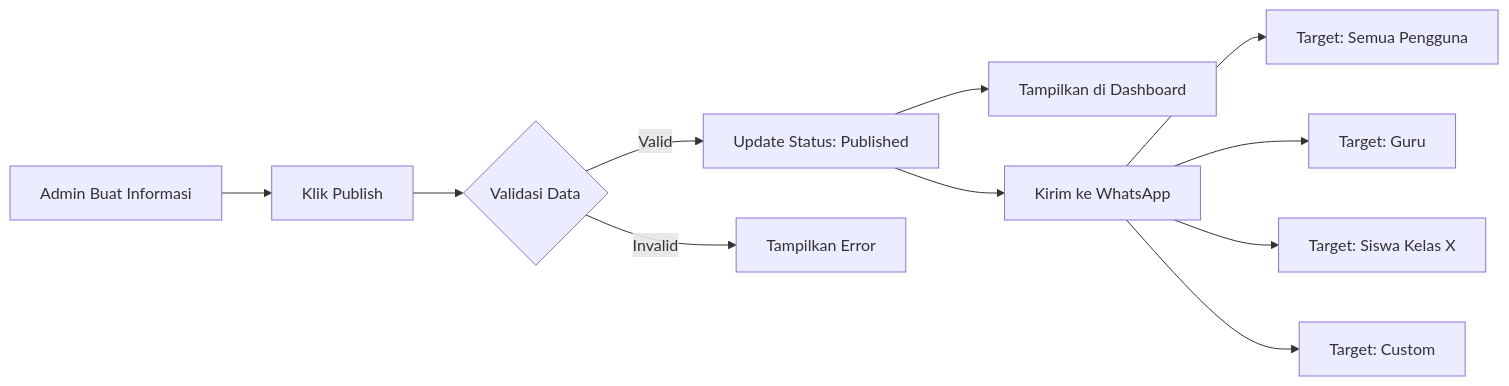
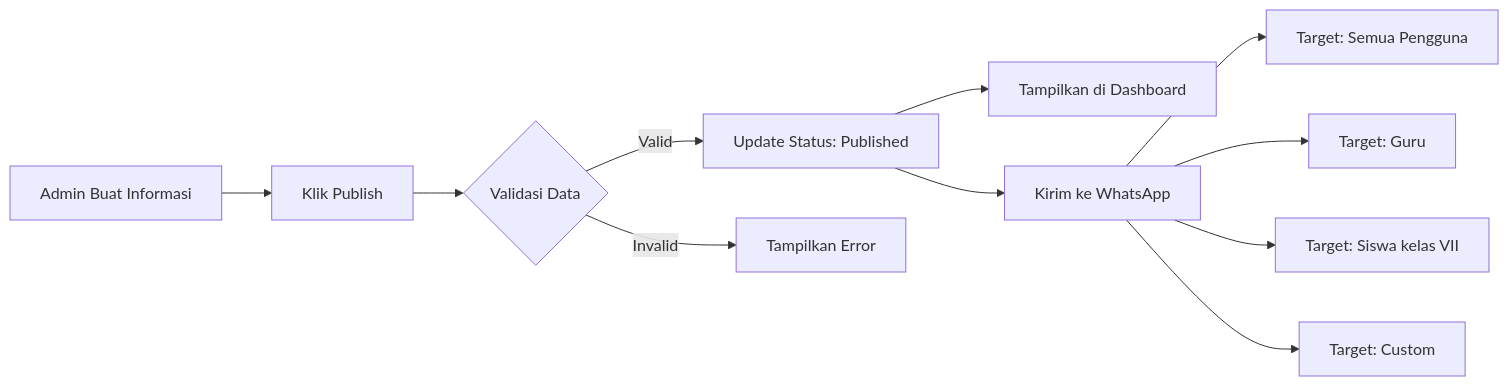
Before and after one commit to zulfikriyahya/template-dokumentasi: the diagram in src/content/docs/menu-data-master/informasi.mdx, drawn with Mermaid. The commit also changed other lines of this file and 27 other files, not shown here.

````diff
--- a/src/content/docs/menu-data-master/informasi.mdx
+++ b/src/content/docs/menu-data-master/informasi.mdx
@@ -204,13 +204,13 @@
 ```mermaid
 graph LR
     A[Admin Buat Informasi] --> B[Klik Publish]
     B --> C{Validasi Data}
     C -->|Valid| D[Update Status: Published]
     C -->|Invalid| E[Tampilkan Error]
     D --> F[Tampilkan di Dashboard]
     D --> G[Kirim ke WhatsApp]
     G --> H[Target: Semua Pengguna]
     G --> I[Target: Guru]
-    G --> J[Target: Siswa Kelas X]
+    G --> J[Target: Siswa kelas VII]
     G --> K[Target: Custom]
 ```
````
